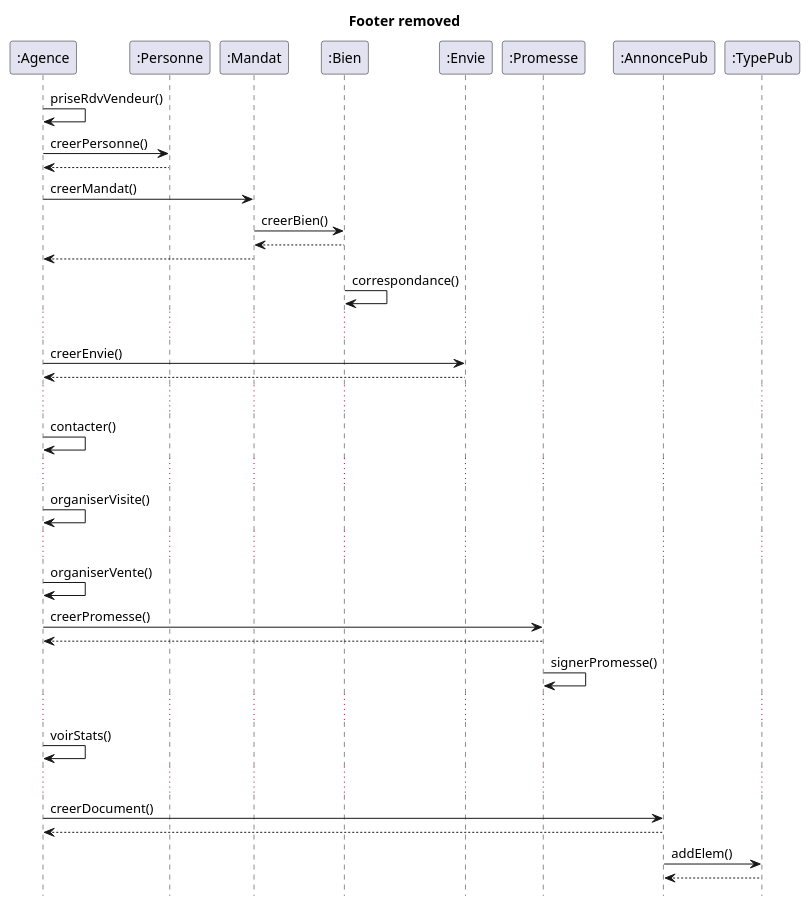
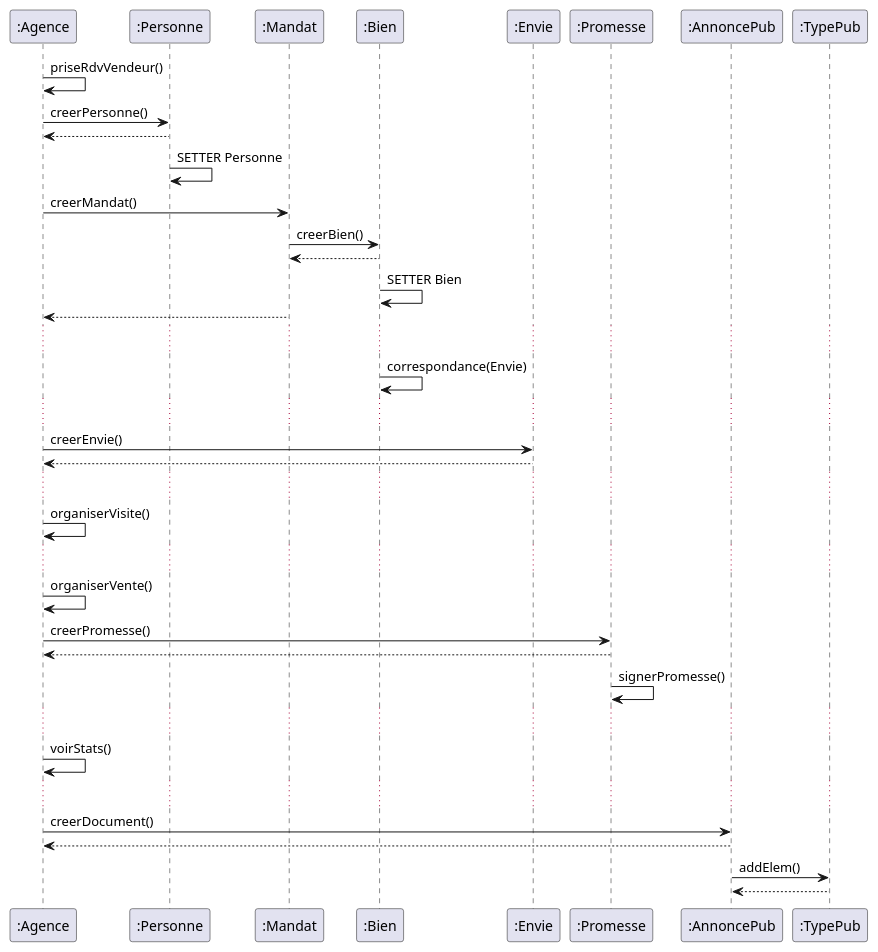
Before and after one commit to DenisGuiraudet/MIASHS_UML_PTUT: the diagram in DOC/UML/diagSequence.plantuml, drawn with PlantUML. The commit also changed 2 other files, not shown here.

Commit message:
UML : class

```diff
--- a/DOC/UML/diagSequence.plantuml
+++ b/DOC/UML/diagSequence.plantuml
@@ -2,55 +2,54 @@
 @startuml
 
-hide footbox
-title Footer removed
 
 participant ":Agence" As A
 participant ":Personne" As Per
 participant ":Mandat" As M
 participant ":Bien" As B
 participant ":Envie" As E
 participant ":Promesse" As Pro
 participant ":AnnoncePub" As AP
 participant ":TypePub" As TP
 
 A -> A : priseRdvVendeur()
 A -> Per : creerPersonne()
 Per --> A :
+Per -> Per : SETTER Personne
 A -> M : creerMandat()
 M -> B : creerBien()
 B --> M :
+B -> B : SETTER Bien
 M --> A :
-B -> B : correspondance()
+
+...
+
+B -> B : correspondance(Envie)
 
 ...
 
 A -> E : creerEnvie()
 E --> A :
-
-...
-
-A -> A : contacter()
 
 ...
 
 A -> A : organiserVisite()
 
 ...
 
 A -> A : organiserVente()
 A -> Pro : creerPromesse()
 Pro --> A :
 Pro -> Pro : signerPromesse()
 
 ...
 
 A -> A : voirStats()
 
 ...
 
 A -> AP : creerDocument()
 AP --> A :
 AP -> TP : addElem()
 TP --> AP :
 
 @enduml
```
